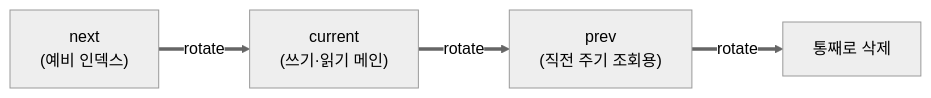
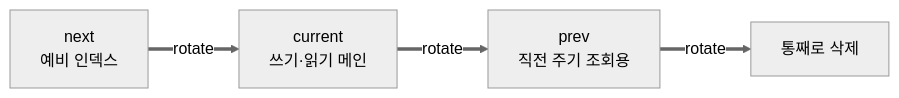
One commit to idoyo7/study-hugo changed the fourth of 4 diagrams in content/monitoring/victoriametrics/by-source/04-2026-07-three-stage-optimization.md. Above: the diagram before and after it, drawn with Mermaid (neutral theme). The commit also changed other lines of this file and 3 other files, not shown here.

First line of the commit message:
docs(victoriametrics): by-source 다이어그램 5종 추가 + 문체 정제(Codex 교차검증)

````diff
--- a/content/monitoring/victoriametrics/by-source/04-2026-07-three-stage-optimization.md
+++ b/content/monitoring/victoriametrics/by-source/04-2026-07-three-stage-optimization.md
@@ -129,6 +146,6 @@
 ```mermaid
 flowchart LR
-  N["next<br/>(예비 인덱스)"] ==>|rotate| C["current<br/>(쓰기·읽기 메인)"]
-  C ==>|rotate| P["prev<br/>(직전 주기 조회용)"]
+  N["next<br/>예비 인덱스"] ==>|rotate| C["current<br/>쓰기·읽기 메인"]
+  C ==>|rotate| P["prev<br/>직전 주기 조회용"]
   P ==>|rotate| D["통째로 삭제"]
 ```
````
